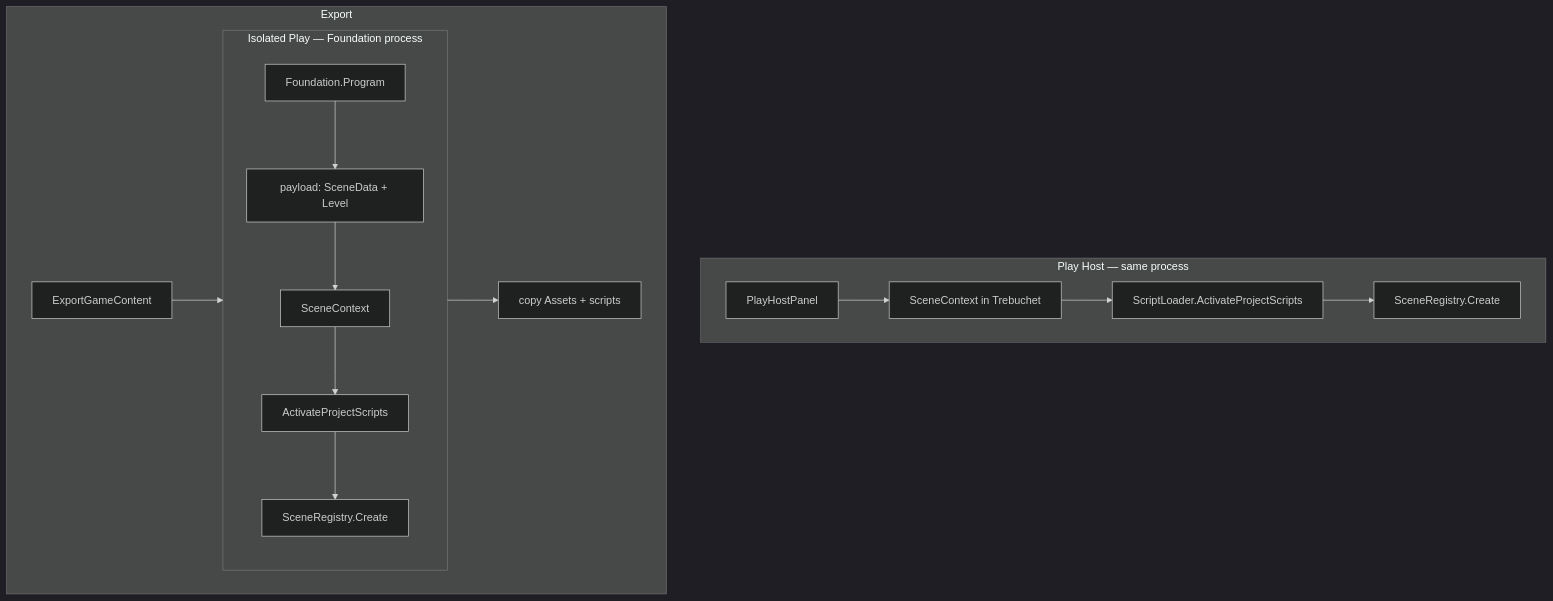
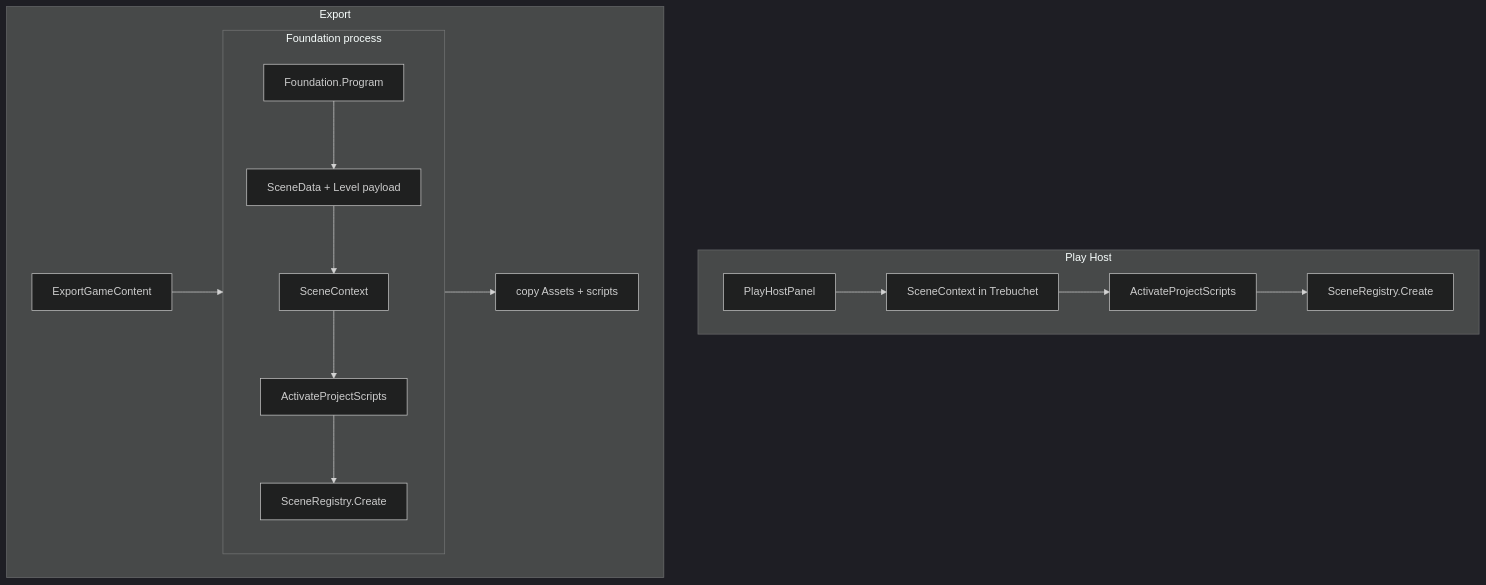
One commit to ireakhavok/Castle changed the sixth of 6 diagrams in docs/SCENES_AND_PROJECTS.md. Above: the diagram before and after it, drawn with Mermaid. The commit also changed other lines of this file and 6 other files, not shown here.

````diff
--- a/docs/SCENES_AND_PROJECTS.md
+++ b/docs/SCENES_AND_PROJECTS.md
@@ -152,19 +145,19 @@
 ```mermaid
 %%{init: {'theme':'dark'}}%%
 flowchart TB
-  subgraph InProcess["Play Host — same process"]
+  subgraph InProcess["Play Host"]
     PH[PlayHostPanel] --> CTX1[SceneContext in Trebuchet]
-    CTX1 --> ACT1[ScriptLoader.ActivateProjectScripts]
+    CTX1 --> ACT1[ActivateProjectScripts]
     ACT1 --> SCN1[SceneRegistry.Create]
   end
-  subgraph Isolated["Isolated Play — Foundation process"]
-    FD[Foundation.Program] --> PAY[payload: SceneData + Level]
+  subgraph Isolated["Foundation process"]
+    FD[Foundation.Program] --> PAY[SceneData + Level payload]
     PAY --> CTX2[SceneContext]
     CTX2 --> ACT2[ActivateProjectScripts]
     ACT2 --> SCN2[SceneRegistry.Create]
   end
   subgraph Export
     EX[ExportGameContent] --> Isolated
     Isolated --> COPY[copy Assets + scripts]
   end
 ```
````
